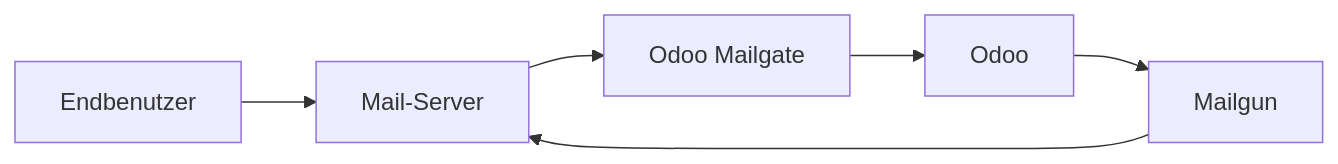
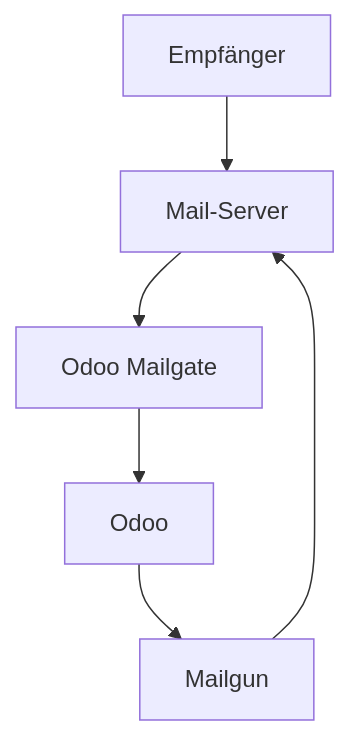
One commit to Mint-System/Website changed the seventh of 7 diagrams in content/de/blog/posts/e-mails-mit-odoo-versenden-und-empfangen.md. Above: the diagram before and after it, drawn with Mermaid. The commit also changed other lines of this file, not shown here.

````diff
--- a/content/de/blog/posts/e-mails-mit-odoo-versenden-und-empfangen.md
+++ b/content/de/blog/posts/e-mails-mit-odoo-versenden-und-empfangen.md
@@ -93,8 +94,8 @@
 ```mermaid
-graph LR
-    A[Endbenutzer] --> B[Mail-Server]
+graph TD
+    A[Empfänger] --> B[Mail-Server]
     B --> C[Odoo Mailgate]
     C --> D[Odoo]
     D --> E[Mailgun]
     E --> B
 ```
````
